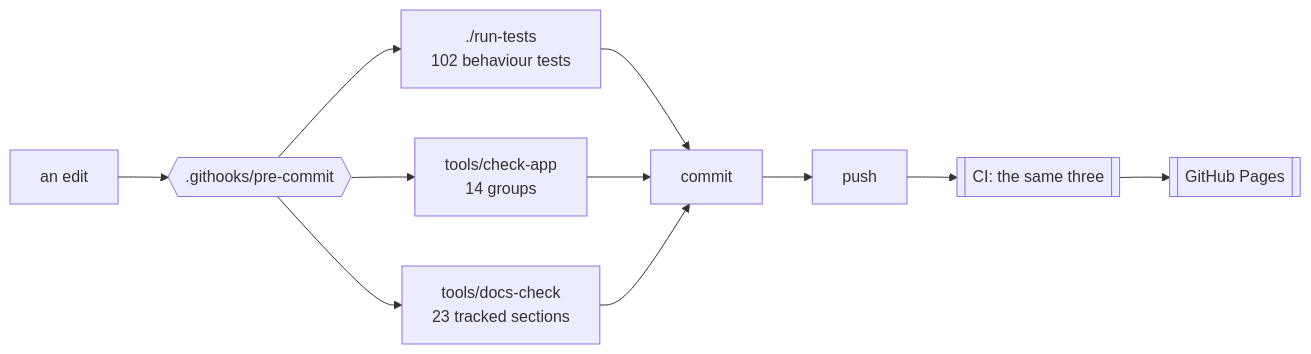
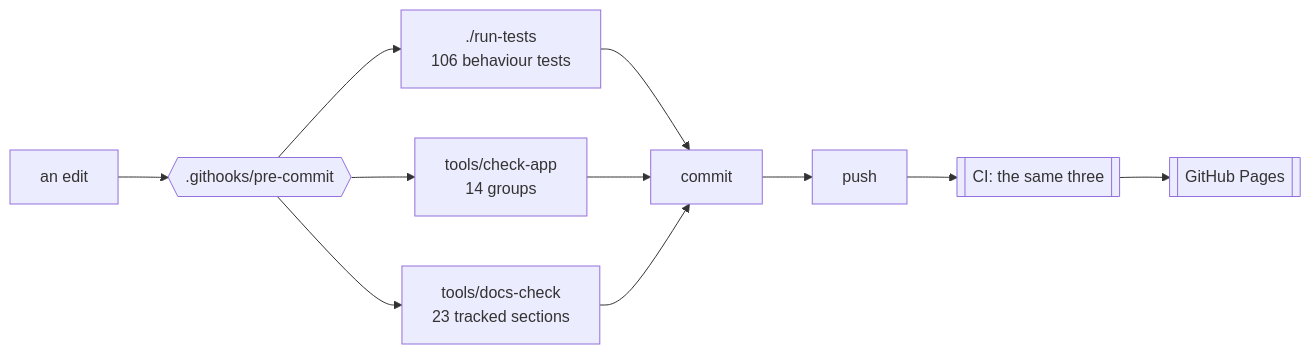
The diagram in docs/DEVELOPING.md (minormending/crystal-pilot-mobile), drawn with Mermaid before and after one commit. The commit also changed other lines of this file and 8 other files, not shown here.

````diff
--- a/docs/DEVELOPING.md
+++ b/docs/DEVELOPING.md
@@ -15,12 +15,12 @@
 ```mermaid
 flowchart LR
     E[an edit] --> H{{".githooks/pre-commit"}}
-    H --> T["./run-tests<br/>102 behaviour tests"]
+    H --> T["./run-tests<br/>106 behaviour tests"]
     H --> C["tools/check-app<br/>14 groups"]
     H --> D["tools/docs-check<br/>23 tracked sections"]
     T --> OK[commit]
     C --> OK
     D --> OK
     OK --> P[push] --> CI[["CI: the same three"]]
     CI --> PG[[GitHub Pages]]
 ```
````
